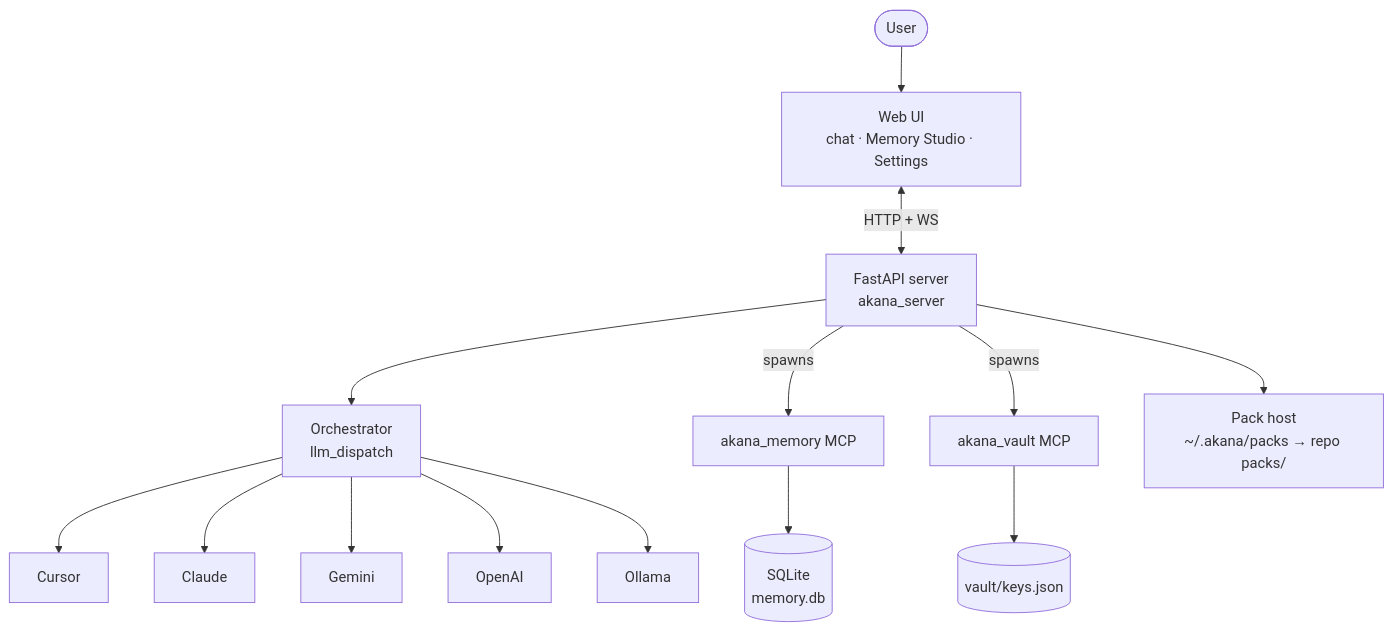
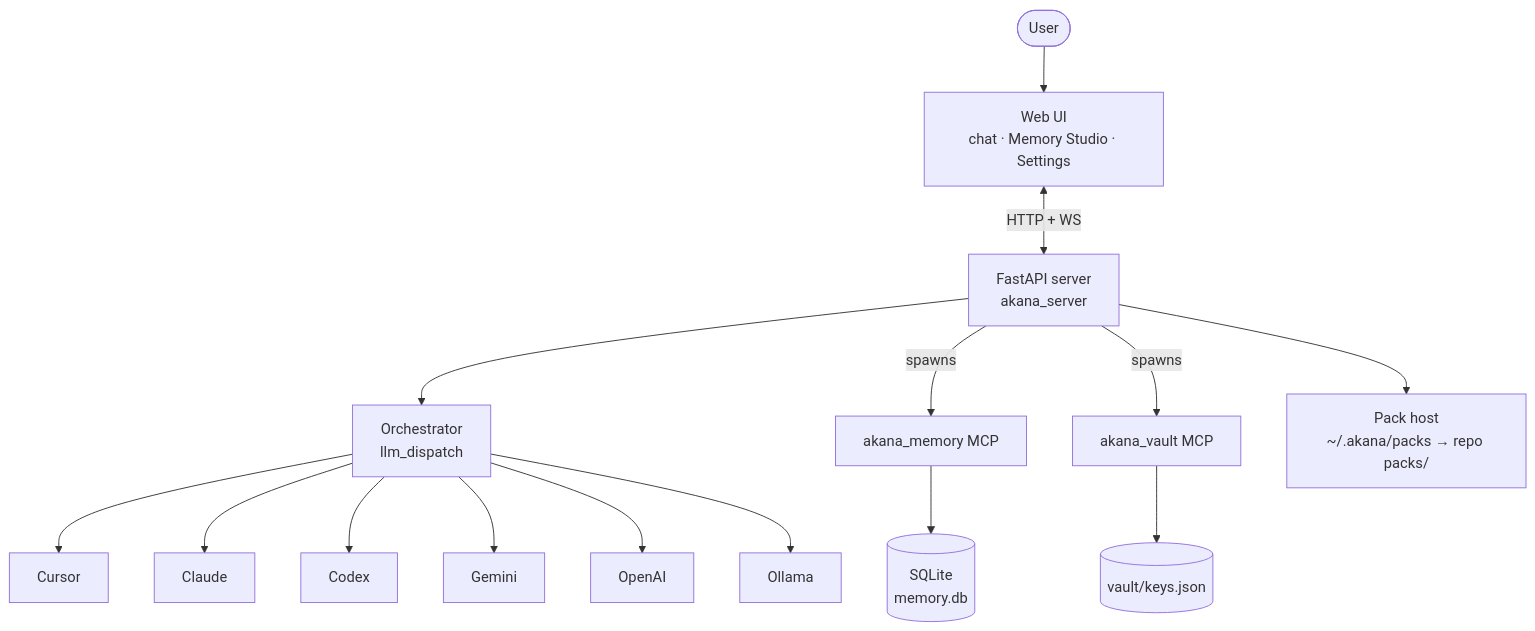
One commit to MuhittinYilmazer/akana changed the diagram in README.md. Above: the diagram before and after it, drawn with Mermaid. The commit also changed other lines of this file and 1 other file, not shown here.

````diff
--- a/README.md
+++ b/README.md
@@ -112,16 +113,17 @@
 ```mermaid
 flowchart TD
     User([User]) --> UI[Web UI<br/>chat · Memory Studio · Settings]
     UI <-->|HTTP + WS| Server[FastAPI server<br/>akana_server]
     Server --> Orch[Orchestrator<br/>llm_dispatch]
     Orch --> Cursor[Cursor]
     Orch --> Claude[Claude]
+    Orch --> Codex[Codex]
     Orch --> Gemini[Gemini]
     Orch --> OpenAI[OpenAI]
     Orch --> Ollama[Ollama]
     Server -->|spawns| MemMCP[akana_memory MCP]
     Server -->|spawns| VaultMCP[akana_vault MCP]
     Server --> Packs[Pack host<br/>~/.akana/packs → repo packs/]
     MemMCP --> DB[(SQLite<br/>memory.db)]
     VaultMCP --> KeyStore[(vault/keys.json)]
 ```
````
